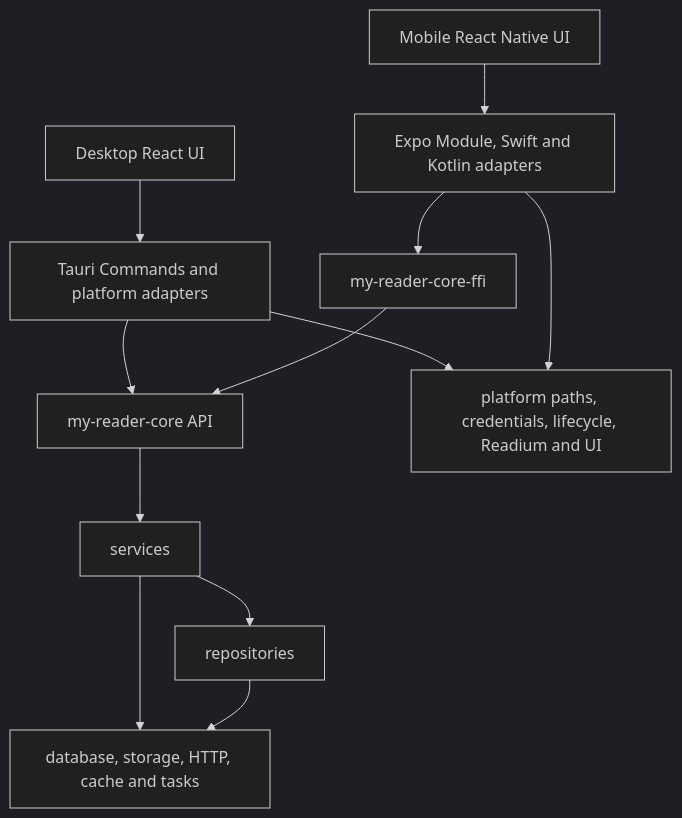
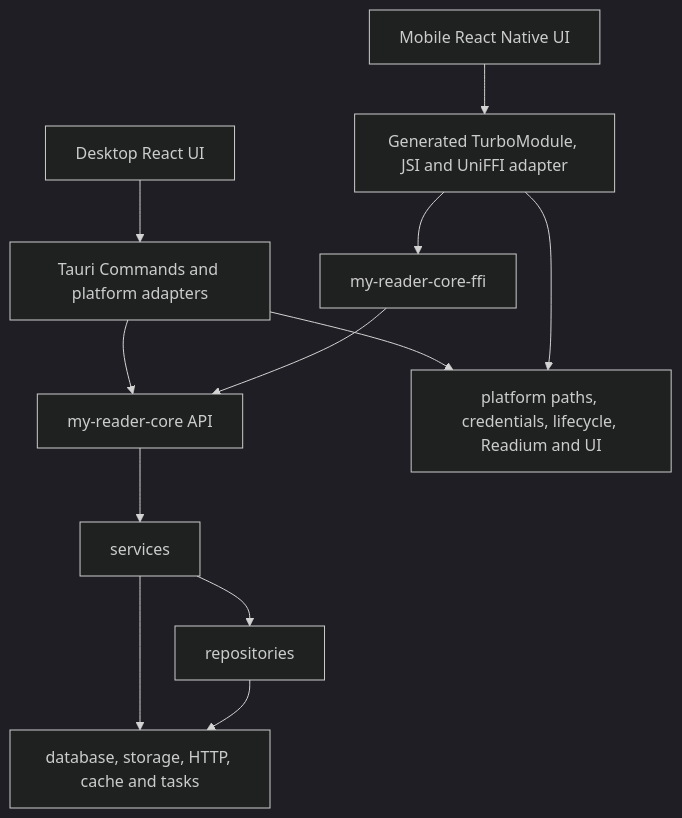
One commit to RyouMon/MyReader changed the diagram in docs/adr/0019-adopt-modular-my-reader-core.md. Above: the diagram before and after it, drawn with Mermaid (dark theme). The commit also changed other lines of this file and 107 other files, not shown here.

````diff
--- a/docs/adr/0019-adopt-modular-my-reader-core.md
+++ b/docs/adr/0019-adopt-modular-my-reader-core.md
@@ -390,25 +397,25 @@
 ```mermaid
 flowchart TB
   D_UI["Desktop React UI"]
   M_UI["Mobile React Native UI"]
   D_ADAPTER["Tauri Commands and platform adapters"]
-  M_ADAPTER["Expo Module, Swift and Kotlin adapters"]
+  M_ADAPTER["Generated TurboModule, JSI and UniFFI adapter"]
   FFI["my-reader-core-ffi"]
   CORE["my-reader-core API"]
   SERVICES["services"]
   REPOSITORIES["repositories"]
   INFRA["database, storage, HTTP, cache and tasks"]
   PLATFORM["platform paths, credentials, lifecycle, Readium and UI"]
 
   D_UI --> D_ADAPTER
   M_UI --> M_ADAPTER
   D_ADAPTER --> CORE
   M_ADAPTER --> FFI
   FFI --> CORE
   CORE --> SERVICES
   SERVICES --> REPOSITORIES
   SERVICES --> INFRA
   REPOSITORIES --> INFRA
   D_ADAPTER --> PLATFORM
   M_ADAPTER --> PLATFORM
 ```
````
